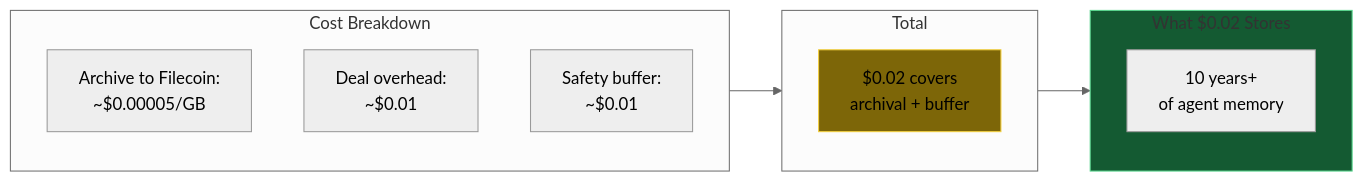
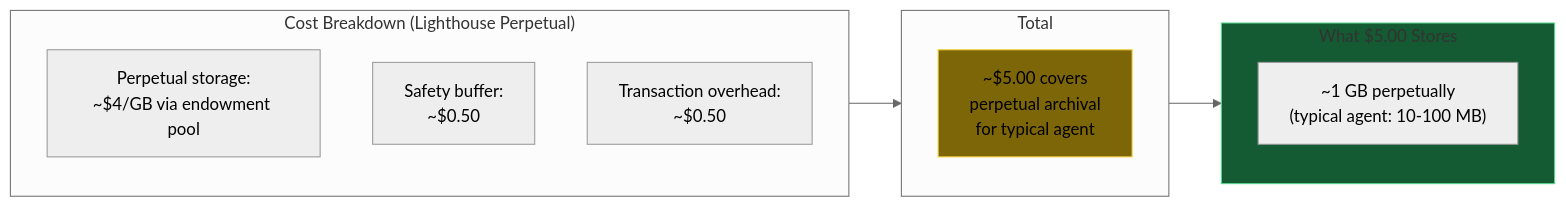
The third of 11 diagrams in docs/diagrams/data-architecture/DA-07-cryostasis.md (KestrelSovereignAI/kestrel-sovereign), drawn with Mermaid (neutral theme) before and after one commit. The commit also changed other lines of this file and 11 other files, not shown here.

First line of the commit message:
fix: Correct Lighthouse pricing from raw Filecoin rates to actual perpetual costs

````diff
--- a/docs/diagrams/data-architecture/DA-07-cryostasis.md
+++ b/docs/diagrams/data-architecture/DA-07-cryostasis.md
@@ -72,21 +72,21 @@
 ```mermaid
 graph LR
-    subgraph costs["Cost Breakdown"]
-        ARCHIVE["Archive to Filecoin:<br/>~$0.00005/GB"]
-        DEAL["Deal overhead:<br/>~$0.01"]
-        BUFFER["Safety buffer:<br/>~$0.01"]
+    subgraph costs["Cost Breakdown (Lighthouse Perpetual)"]
+        ARCHIVE["Perpetual storage:<br/>~$4/GB via endowment pool"]
+        BUFFER["Safety buffer:<br/>~$0.50"]
+        OVERHEAD["Transaction overhead:<br/>~$0.50"]
     end
 
     subgraph total["Total"]
-        SUM["$0.02 covers<br/>archival + buffer"]
+        SUM["~$5.00 covers<br/>perpetual archival<br/>for typical agent"]
     end
 
-    subgraph storage["What $0.02 Stores"]
-        YEARS["10 years+<br/>of agent memory"]
+    subgraph storage["What $5.00 Stores"]
+        SIZE["~1 GB perpetually<br/>(typical agent: 10-100 MB)"]
     end
 
     costs --> total --> storage
 
     style SUM fill:#7d6608,stroke:#f4d03f
     style storage fill:#145a32,stroke:#58d68d
 ```
````
